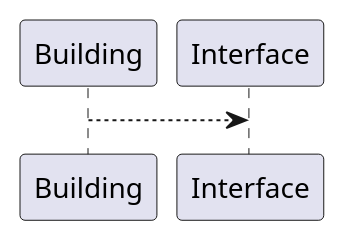
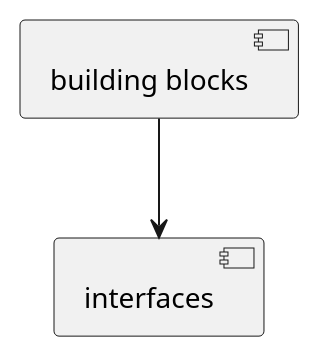
Before and after one commit to resema/cheatsheets: the diagram in diags/buildingsblock.pu, drawn with PlantUML. The commit also changed 1 other file, not shown here.

```diff
--- a/diags/buildingsblock.pu
+++ b/diags/buildingsblock.pu
@@ -1,3 +1,6 @@
- @startuml component
-Building --> Interface
+ @startuml
+component "building blocks" as bb
+component "interfaces" as iface
+
+bb --> iface
 @enduml
```
